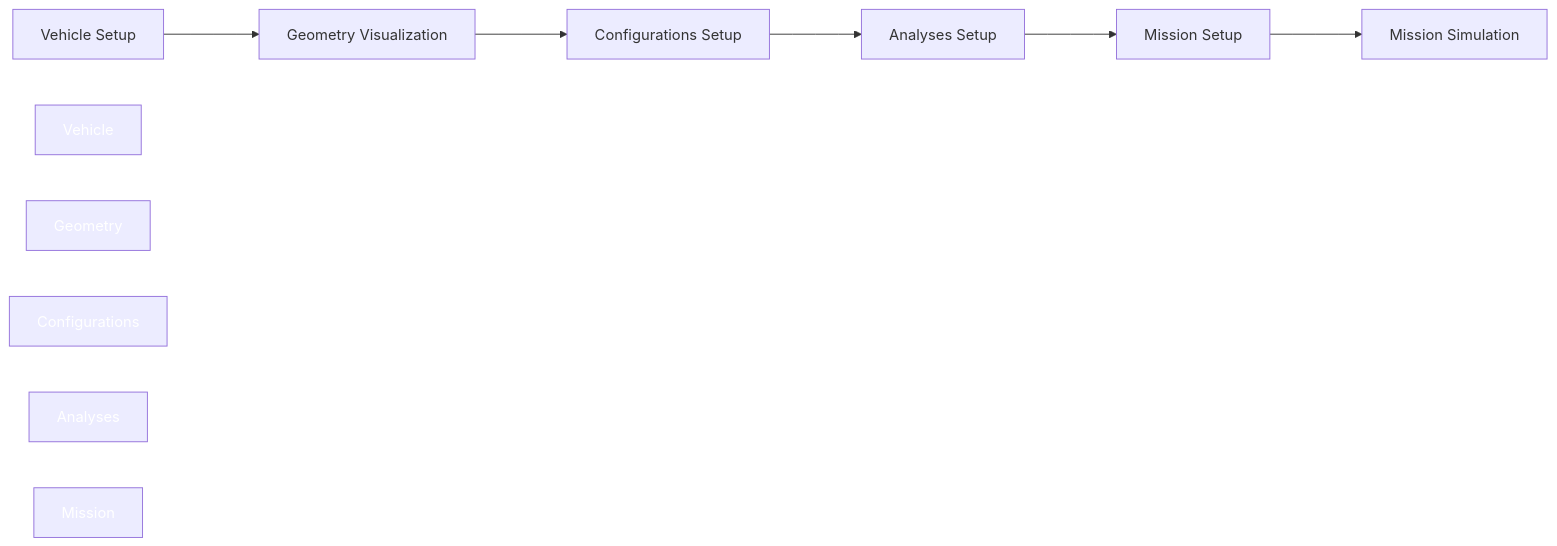
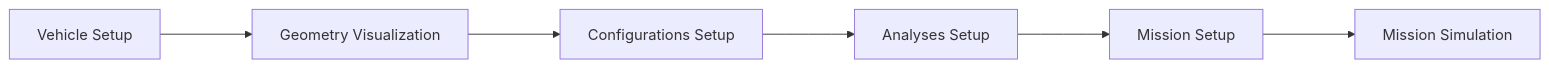
Before and after one commit to leadsgroup/RCAIDE_GUI: the diagram in README.md, drawn with Mermaid.

````diff
--- a/README.md
+++ b/README.md
@@ -33,25 +33,17 @@
   ```mermaid
   %%{init: {'flowchart': {'curve': 'linear', 'nodeSpacing': 50, 'rankSpacing': 50}}}%%
   flowchart LR
       VS[Vehicle Setup]
       GV[Geometry Visualization]
       CS[Configurations Setup]
       AS[Analyses Setup]
       MSP[Mission Setup]
       MSI[Mission Simulation]
       
       
       VS ---> GV
       GV ---> CS
       CS ---> AS
       AS ---> MSP
       MSP ---> MSI
-
-
-      style Vehicle Setup fill:#0d6dc5,color:#fff
-      style Geometry Visualization fill:#0d6dc5,color:#fff
-      style Configurations Setup fill:#0d6dc5,color:#fff
-      style Analyses Setup fill:#0d6dc5,color:#fff
-      style Mission Setup fill:#0d6dc5,color:#fff
-      style Mission Simulation fill:#0d6dc5,color:#fff
   ```
````
